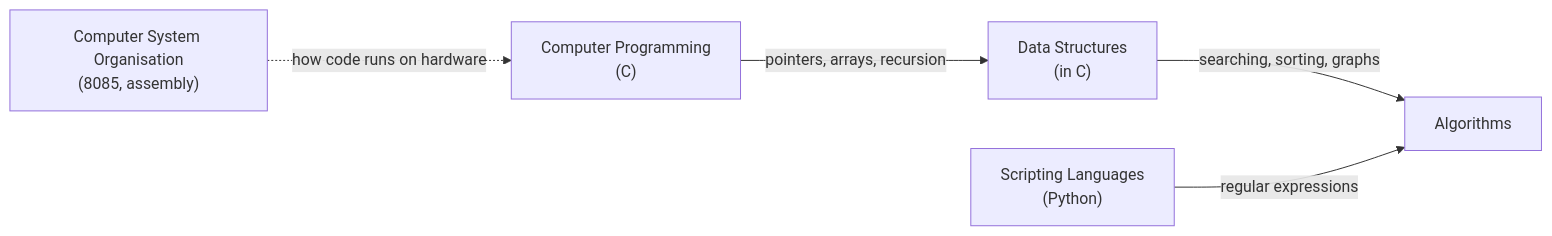
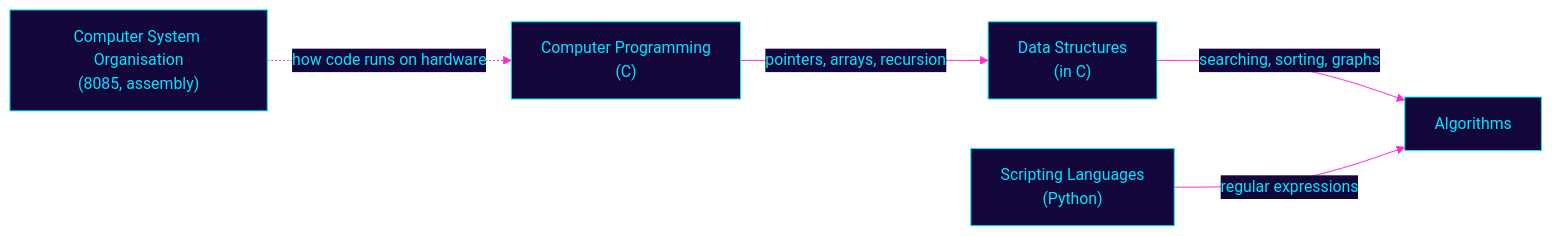
One commit to PiyushNagendra-IN/PiyushNagendra-IN changed the second of 2 diagrams in README.md. Above: the diagram before and after it, drawn with Mermaid. The commit also changed other lines of this file, not shown here.

````diff
--- a/README.md
+++ b/README.md
@@ -82,7 +83,8 @@
 ```mermaid
+%%{init: {'theme':'base','themeVariables':{'fontFamily':'monospace','primaryColor':'#12063a','primaryTextColor':'#00e5ff','primaryBorderColor':'#00f0ff','lineColor':'#ff2bd6','secondaryColor':'#0a0424','tertiaryColor':'#0a0424','textColor':'#00c8e6','edgeLabelBackground':'#12063a'}}}%%
 flowchart LR
     C["Computer Programming<br/>(C)"] -->|"pointers, arrays, recursion"| DS["Data Structures<br/>(in C)"]
     DS -->|"searching, sorting, graphs"| ALGO["Algorithms"]
     PY["Scripting Languages<br/>(Python)"] -->|"regular expressions"| ALGO
     CSO["Computer System Organisation<br/>(8085, assembly)"] -.->|"how code runs on hardware"| C
 ```
````
